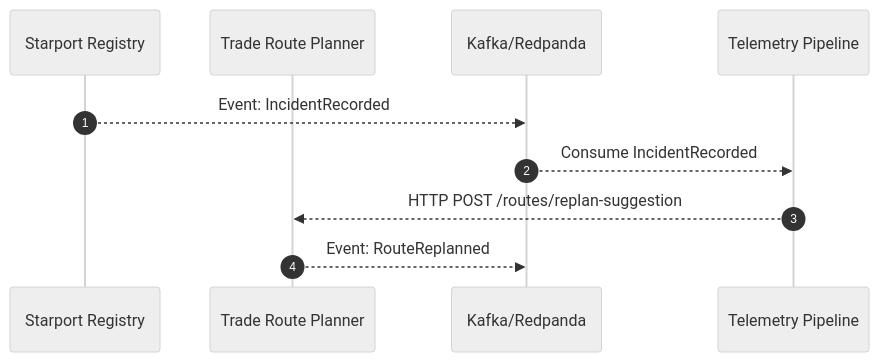
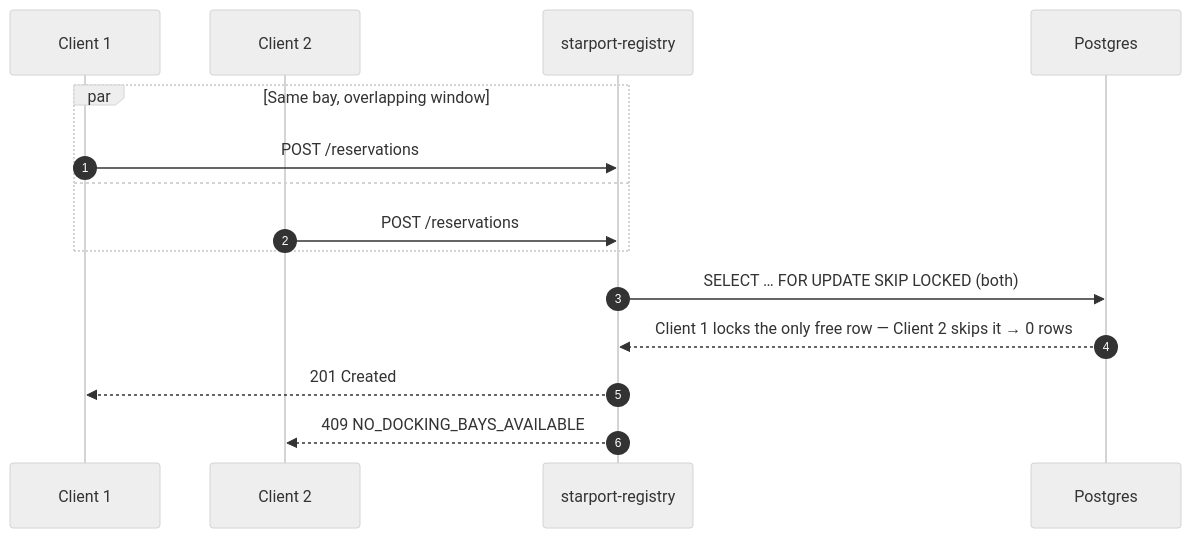
The fourth of 5 diagrams in README.md (stepniewskirafal/MicroservicesFleet), drawn with Mermaid (neutral theme) before and after one commit. The commit also changed other lines of this file and 117 other files, not shown here.

````diff
--- a/README.md
+++ b/README.md
@@ -375,13 +244,18 @@
 ```mermaid
 sequenceDiagram
     autonumber
-    participant A as Starport Registry
-    participant B as Trade Route Planner
-    participant K as Kafka/Redpanda
-    participant C as Telemetry Pipeline
+    participant U1 as Client 1
+    participant U2 as Client 2
+    participant A as starport-registry
+    participant DB as Postgres
 
-    A-->>K: Event: IncidentRecorded
-    K-->>C: Consume IncidentRecorded
-    C-->>B: HTTP POST /routes/replan-suggestion
-    B-->>K: Event: RouteReplanned
+    par Same bay, overlapping window
+        U1->>A: POST /reservations
+        and
+        U2->>A: POST /reservations
+    end
+    A->>DB: SELECT … FOR UPDATE SKIP LOCKED  (both)
+    DB-->>A: Client 1 locks the only free row — Client 2 skips it → 0 rows
+    A-->>U1: 201 Created
+    A-->>U2: 409 NO_DOCKING_BAYS_AVAILABLE
 ```
````
